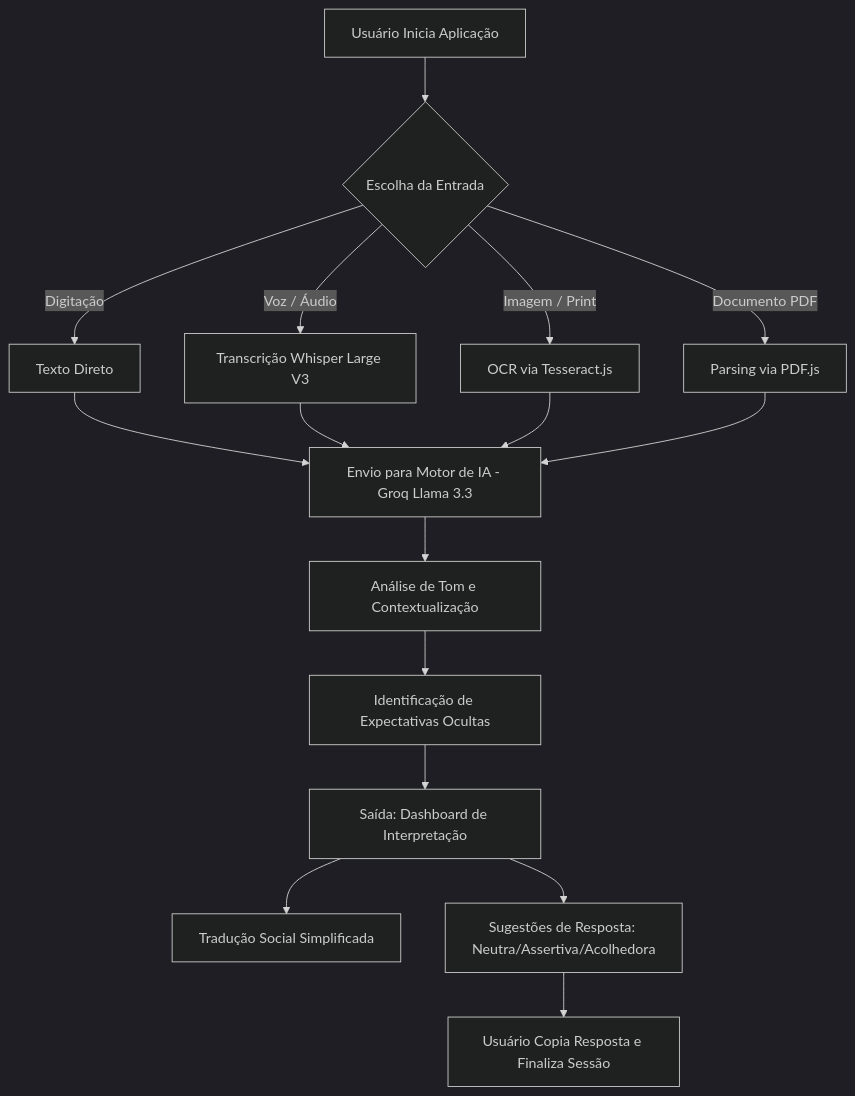
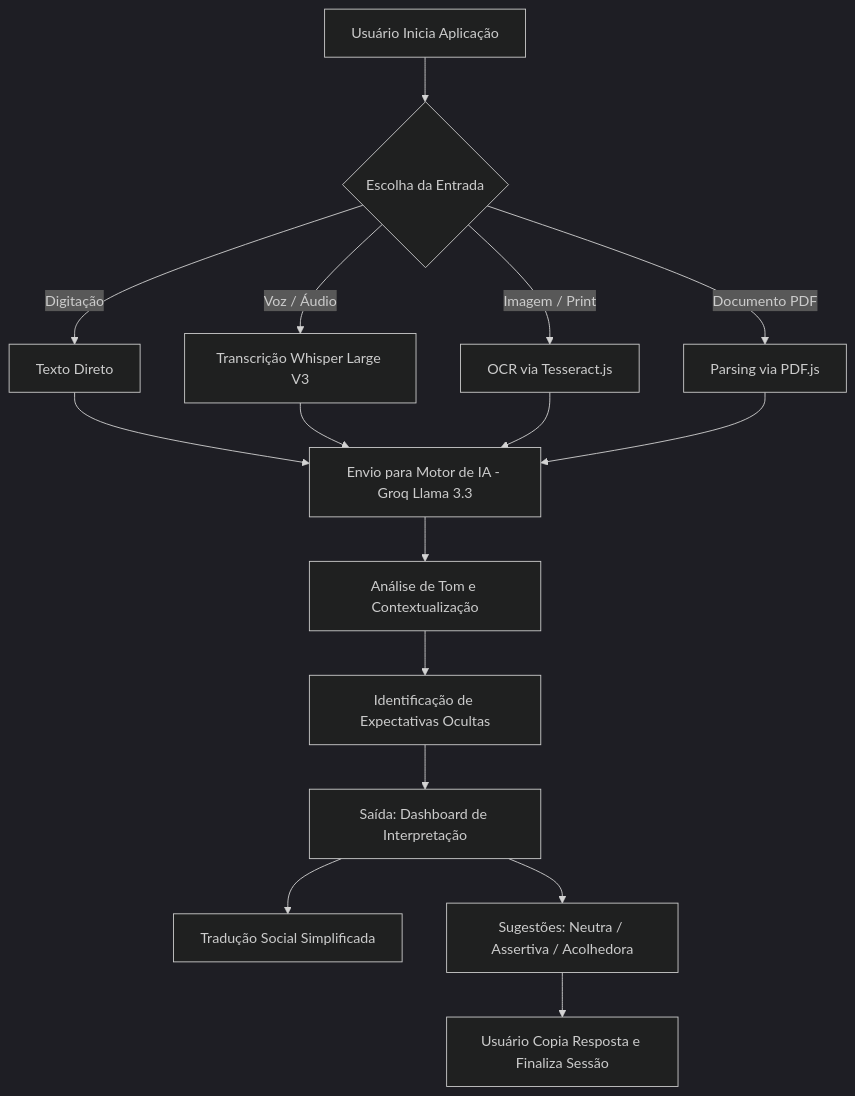
The second of 2 diagrams in README.md (brnpessoa14/social-interpreter), drawn with Mermaid (dark theme) before and after one commit. The commit also changed other lines of this file, not shown here.

````diff
--- a/README.md
+++ b/README.md
@@ -43,19 +83,15 @@
 ```mermaid
 flowchart TD
     A[Usuário Inicia Aplicação] --> B{Escolha da Entrada}
     B -- Digitação --> C[Texto Direto]
     B -- Voz / Áudio --> D[Transcrição Whisper Large V3]
     B -- Imagem / Print --> E[OCR via Tesseract.js]
     B -- Documento PDF --> F[Parsing via PDF.js]
-    
     C & D & E & F --> G[Envio para Motor de IA - Groq Llama 3.3]
-    
     G --> H[Análise de Tom e Contextualização]
     H --> I[Identificação de Expectativas Ocultas]
-    
     I --> J[Saída: Dashboard de Interpretação]
     J --> K[Tradução Social Simplificada]
-    J --> L[Sugestões de Resposta: Neutra/Assertiva/Acolhedora]
-    
+    J --> L[Sugestões: Neutra / Assertiva / Acolhedora]
     L --> M[Usuário Copia Resposta e Finaliza Sessão]
 ```
````
